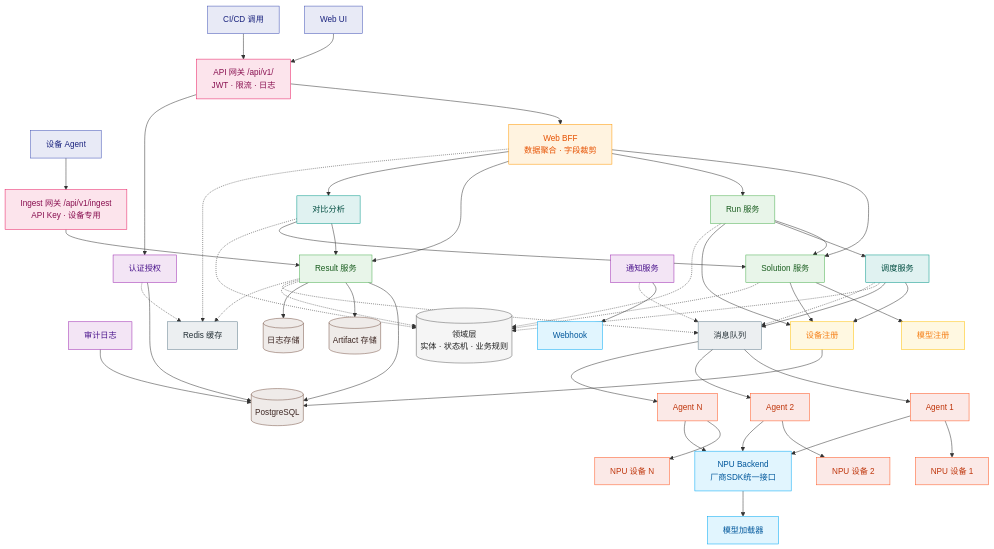
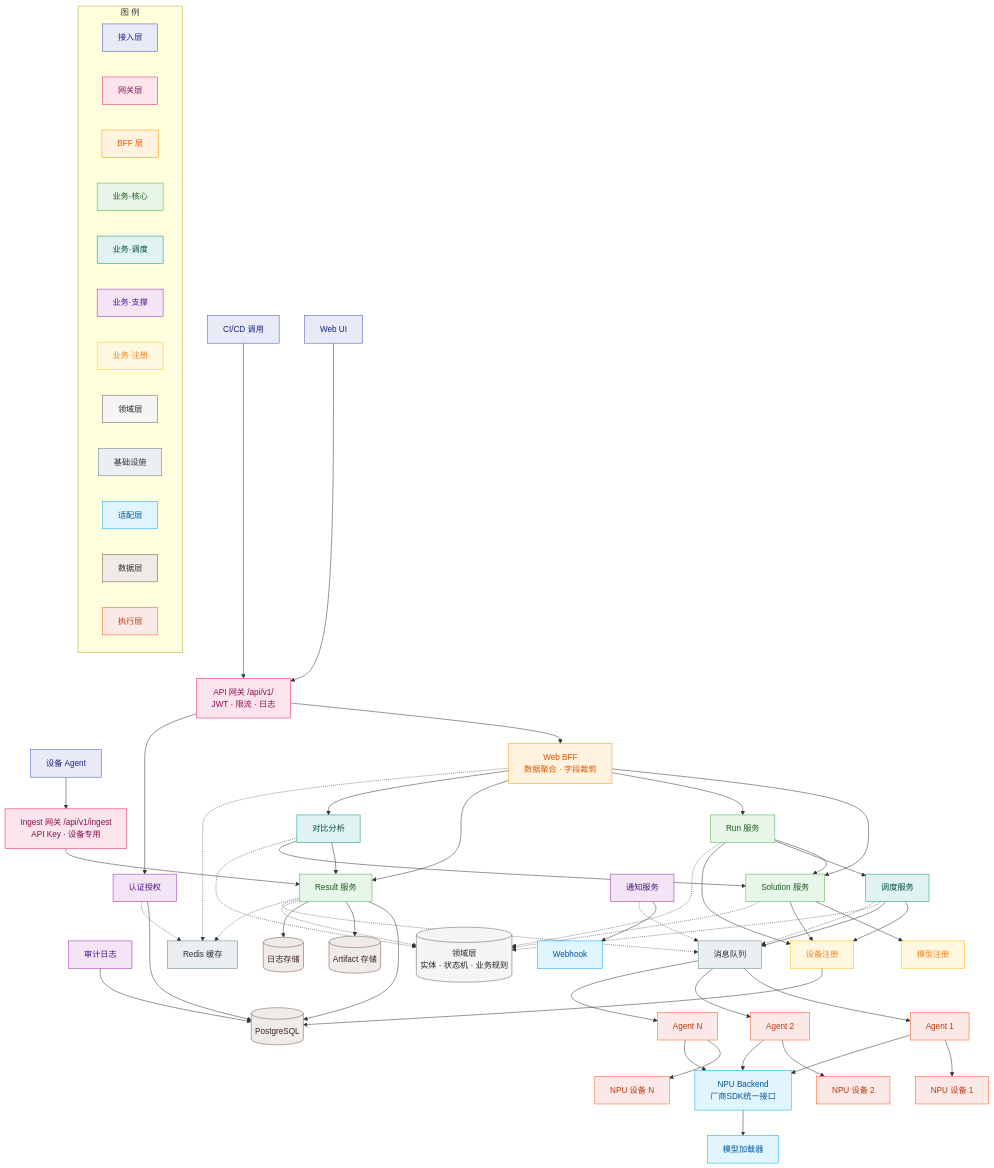
The diagram in NPU设计文档.md (2309724680-cloud/OptHubn), drawn with Mermaid before and after one commit.

Commit message:
docs: add color legend inside mermaid diagram

````diff
--- a/NPU设计文档.md
+++ b/NPU设计文档.md
@@ -319,4 +319,20 @@
     classDef adapter fill:#e1f5fe,stroke:#03a9f4,color:#01579b
     classDef data fill:#efebe9,stroke:#795548,color:#3e2723
     classDef exec fill:#fbe9e7,stroke:#ff5722,color:#bf360c
+
+    %% ═══ 图例 ═══
+    subgraph LEGEND["图 例"]
+        L1["接入层"]:::access
+        L2["网关层"]:::gateway
+        L3["BFF 层"]:::bff
+        L4["业务·核心"]:::core
+        L5["业务·调度"]:::schedule
+        L6["业务·支撑"]:::support
+        L7["业务·注册"]:::registry
+        L8["领域层"]:::domain
+        L9["基础设施"]:::infra
+        L10["适配层"]:::adapter
+        L11["数据层"]:::data
+        L12["执行层"]:::exec
+    end
 ```
````
